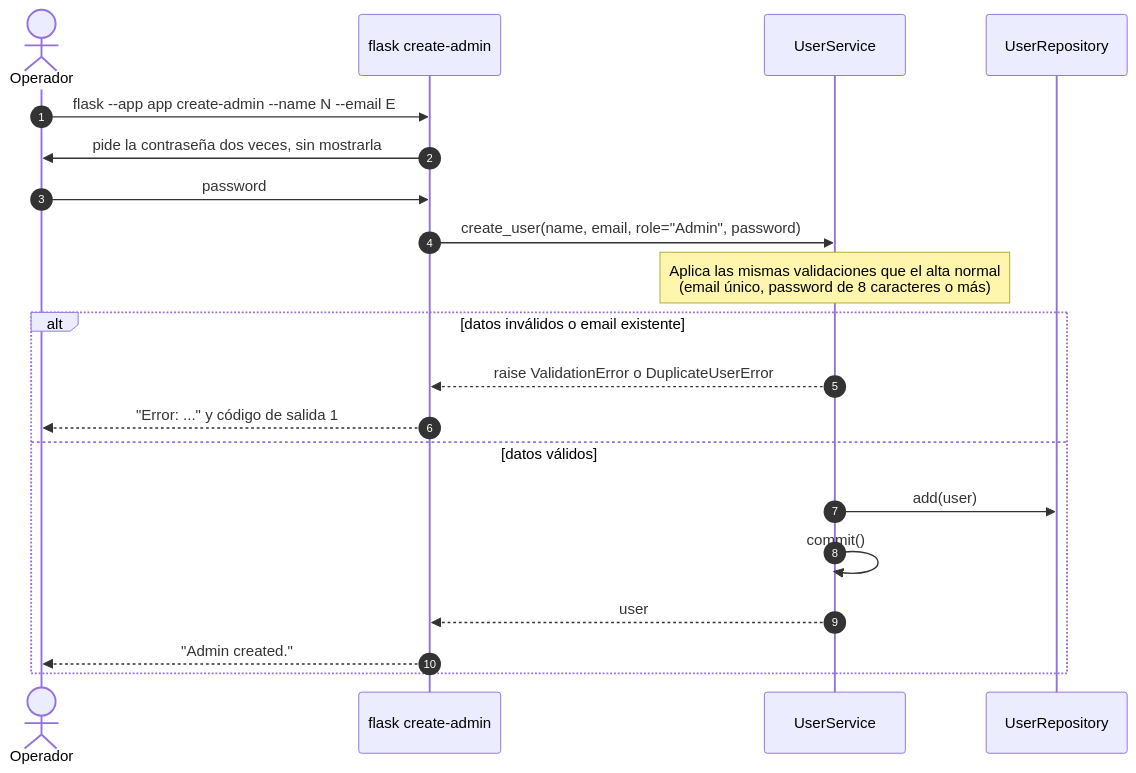
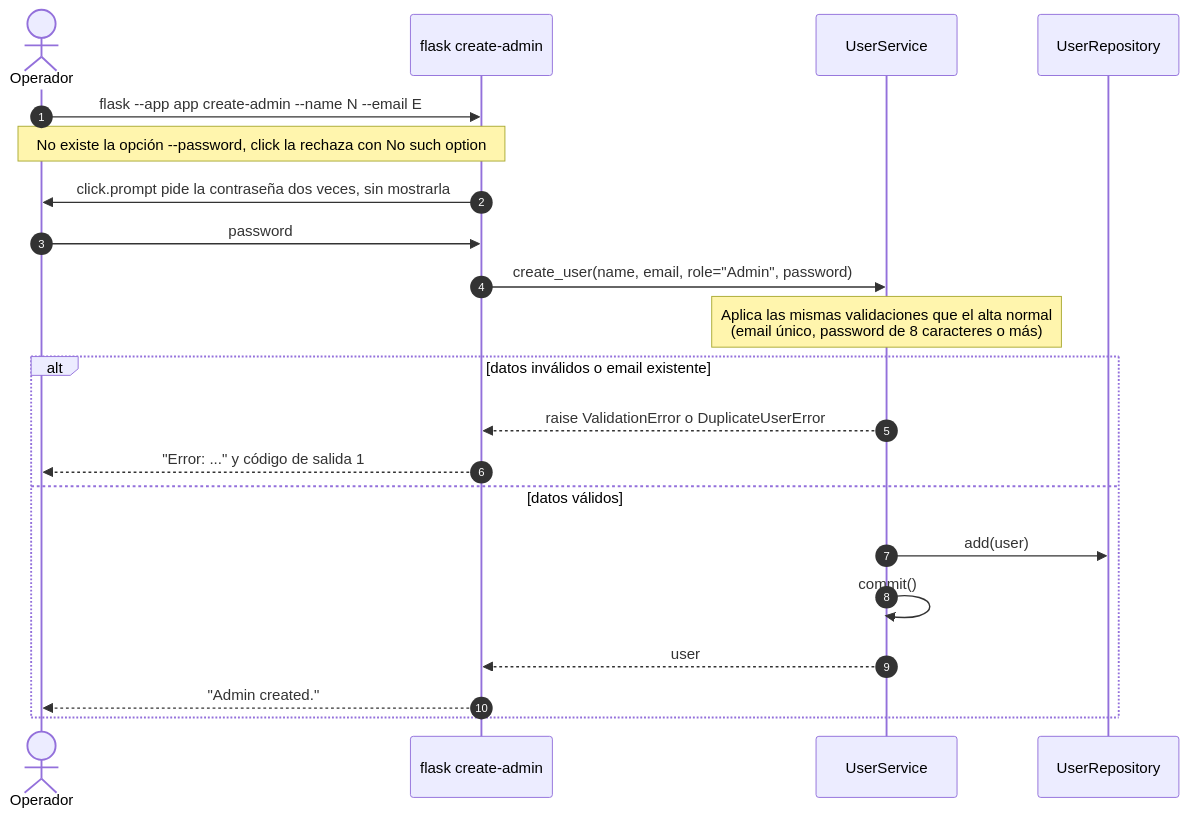
The fourth of 4 diagrams in diagrams/sequences/01-users.md (Diazfe-dev/AyED-III-python-ticket-service), drawn with Mermaid before and after one commit. The commit also changed other lines of this file and 10 other files, not shown here.

````diff
--- a/diagrams/sequences/01-users.md
+++ b/diagrams/sequences/01-users.md
@@ -134,23 +147,24 @@
 ```mermaid
 sequenceDiagram
     autonumber
     actor Op as Operador
     participant CLI as flask create-admin
     participant US as UserService
     participant UR as UserRepository
 
     Op->>CLI: flask --app app create-admin --name N --email E
-    CLI->>Op: pide la contraseña dos veces, sin mostrarla
+    Note over Op,CLI: No existe la opción --password, click la rechaza con No such option
+    CLI->>Op: click.prompt pide la contraseña dos veces, sin mostrarla
     Op->>CLI: password
     CLI->>US: create_user(name, email, role="Admin", password)
     Note over US: Aplica las mismas validaciones que el alta normal<br/>(email único, password de 8 caracteres o más)
     alt datos inválidos o email existente
         US-->>CLI: raise ValidationError o DuplicateUserError
         CLI-->>Op: "Error: ..." y código de salida 1
     else datos válidos
         US->>UR: add(user)
         US->>US: commit()
         US-->>CLI: user
         CLI-->>Op: "Admin created."
     end
 ```
````
